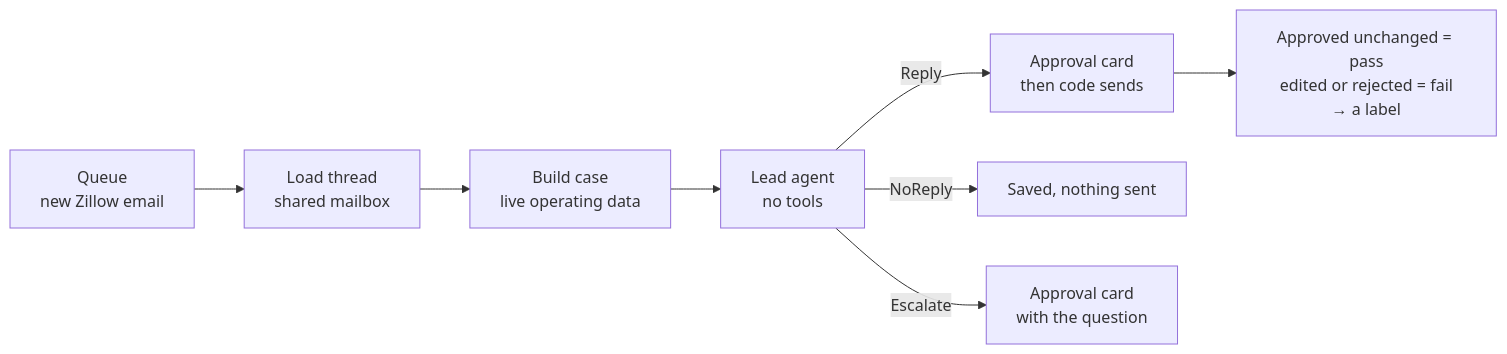
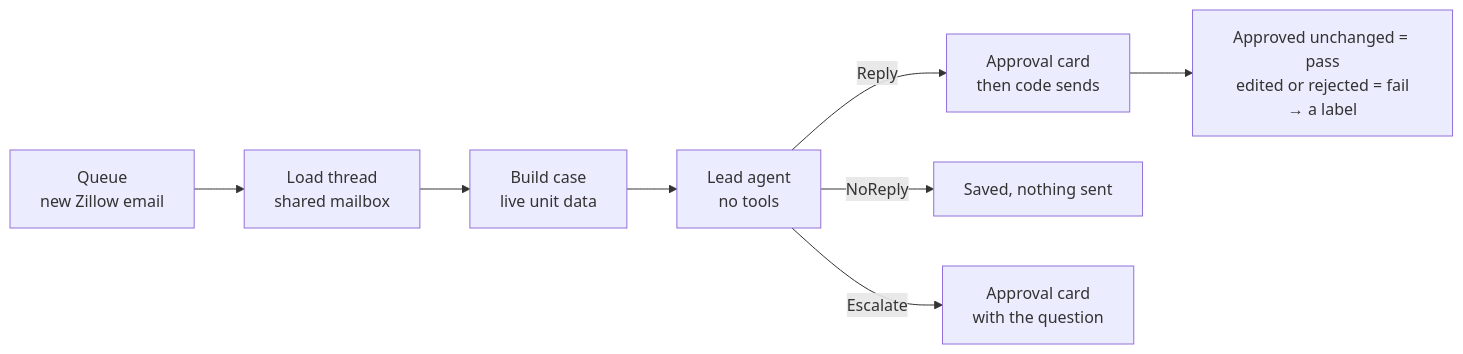
Before and after one commit to EmilioEsposito/portfolio: the third of 3 diagrams in api/src/sernia_ai/zillow_leads/README.md, drawn with Mermaid. The commit also changed other lines of this file and 15 other files, not shown here.

First line of the commit message:
Rename OperatingData to UnitData in the Zillow lead agent

````diff
--- a/api/src/sernia_ai/zillow_leads/README.md
+++ b/api/src/sernia_ai/zillow_leads/README.md
@@ -335,10 +335,10 @@
 ```mermaid
 flowchart LR
     Q["Queue<br/>new Zillow email"] --> T["Load thread<br/>shared mailbox"]
-    T --> B["Build case<br/>live operating data"]
+    T --> B["Build case<br/>live unit data"]
     B --> X["Lead agent<br/>no tools"]
     X -->|Reply| A["Approval card<br/>then code sends"]
     X -->|NoReply| N["Saved, nothing sent"]
     X -->|Escalate| H["Approval card<br/>with the question"]
     A --> W["Approved unchanged = pass<br/>edited or rejected = fail<br/>→ a label"]
 ```
````
